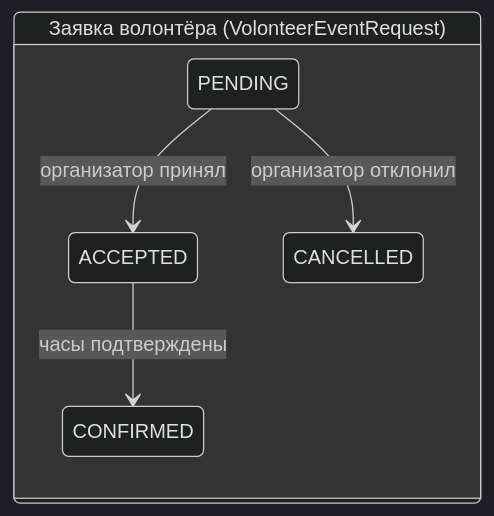
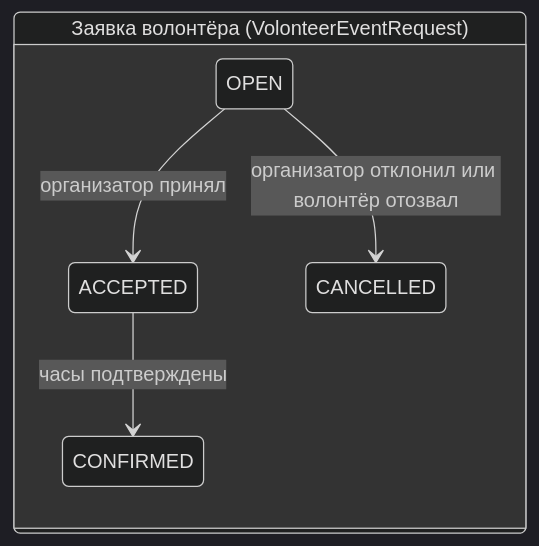
Before and after one commit to c1nqe/VolontiersDSTU: the third of 4 diagrams in README.md, drawn with Mermaid (dark theme). The commit also changed other lines of this file and 57 other files, not shown here.

````diff
--- a/README.md
+++ b/README.md
@@ -148,9 +164,9 @@
 ```mermaid
 stateDiagram-v2
   direction LR
   state "Заявка волонтёра (VolonteerEventRequest)" as R {
-    PENDING --> ACCEPTED: организатор принял
-    PENDING --> CANCELLED: организатор отклонил
+    OPEN --> ACCEPTED: организатор принял
+    OPEN --> CANCELLED: организатор отклонил или волонтёр отозвал
     ACCEPTED --> CONFIRMED: часы подтверждены
   }
 ```
````
